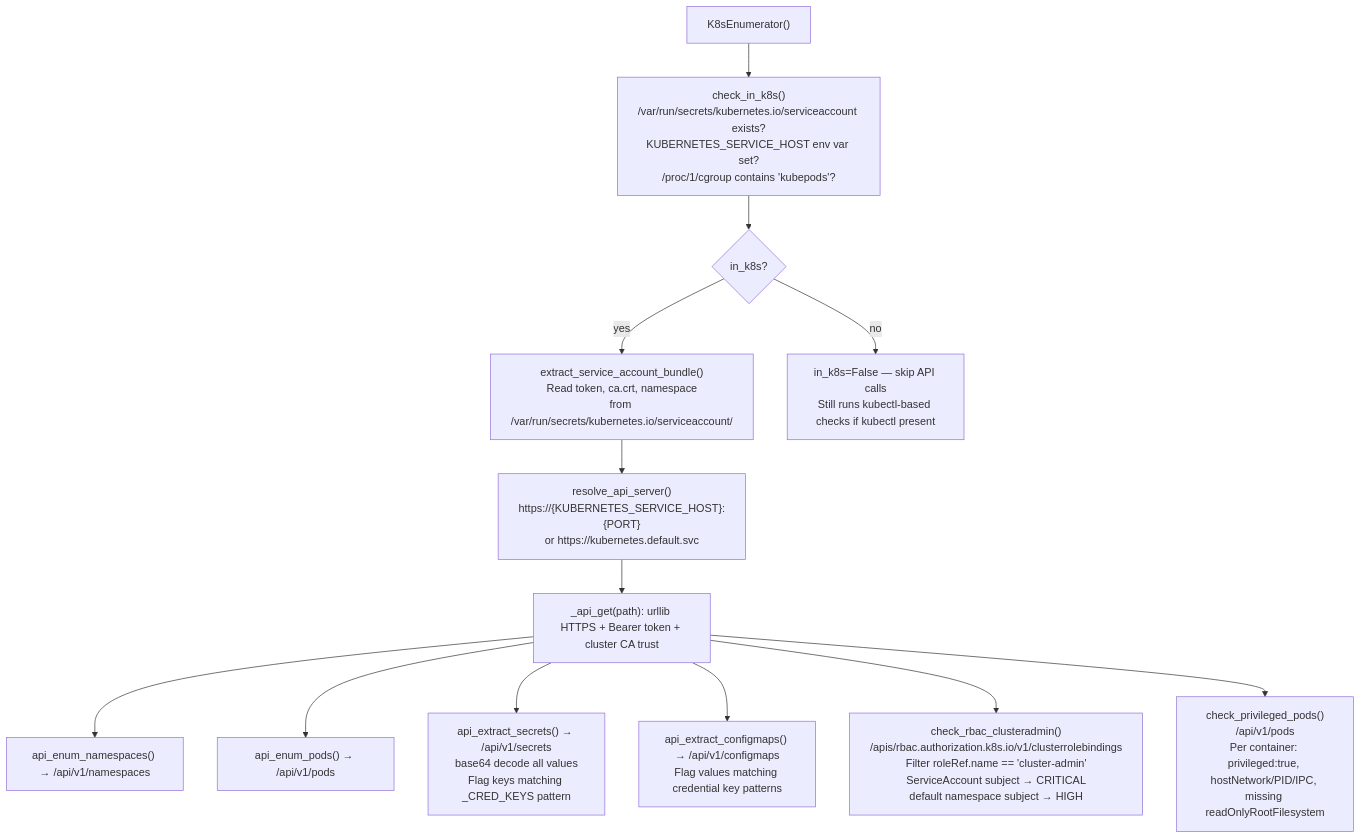
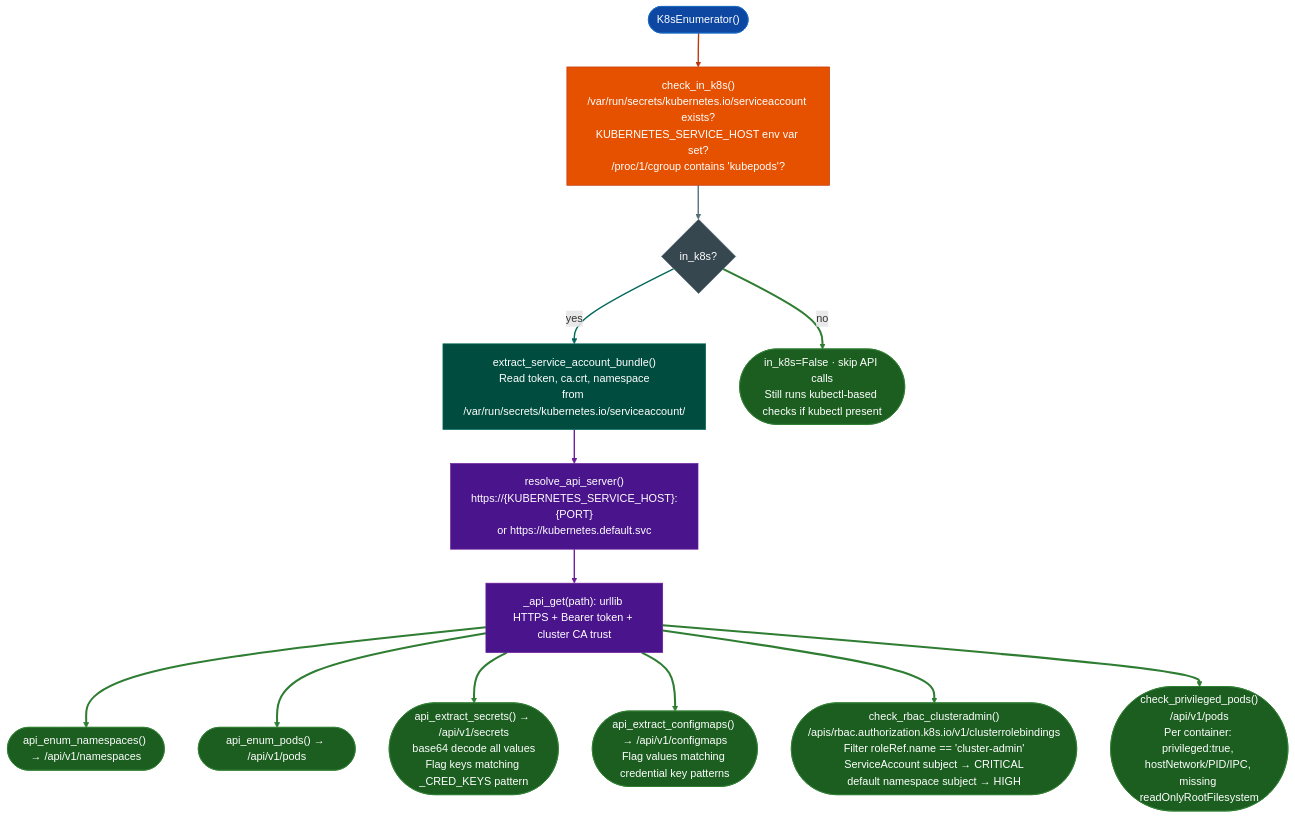
One commit to Ablation-Tool/ablation changed the diagram in docs/reference-modules/kubernetes-identity-and-rbac.md. Above: the diagram before and after it, drawn with Mermaid. The commit also changed 320 other files, not shown here.

First line of the commit message:
docs: apply canonical Mermaid template to all 321 diagrams

````diff
--- a/docs/reference-modules/kubernetes-identity-and-rbac.md
+++ b/docs/reference-modules/kubernetes-identity-and-rbac.md
@@ -19,15 +19,33 @@
 ```mermaid
 flowchart TD
-    A["K8sEnumerator()"] --> B["check_in_k8s()\n/var/run/secrets/kubernetes.io/serviceaccount exists?\nKUBERNETES_SERVICE_HOST env var set?\n/proc/1/cgroup contains 'kubepods'?"]
-    B --> C{in_k8s?}
-    C -->|yes| D["extract_service_account_bundle()\nRead token, ca.crt, namespace\nfrom /var/run/secrets/kubernetes.io/serviceaccount/"]
-    D --> E["resolve_api_server()\nhttps://{KUBERNETES_SERVICE_HOST}:{PORT}\nor https://kubernetes.default.svc"]
-    E --> F["_api_get(path): urllib HTTPS + Bearer token + cluster CA trust"]
-    F --> G["api_enum_namespaces() → /api/v1/namespaces"]
-    F --> H["api_enum_pods() → /api/v1/pods"]
-    F --> I["api_extract_secrets() → /api/v1/secrets\nbase64 decode all values\nFlag keys matching _CRED_KEYS pattern"]
-    F --> J["api_extract_configmaps() → /api/v1/configmaps\nFlag values matching credential key patterns"]
-    F --> K["check_rbac_clusteradmin()\n/apis/rbac.authorization.k8s.io/v1/clusterrolebindings\nFilter roleRef.name == 'cluster-admin'\nServiceAccount subject → CRITICAL\ndefault namespace subject → HIGH"]
-    F --> L["check_privileged_pods()\n/api/v1/pods\nPer container: privileged:true, hostNetwork/PID/IPC, missing readOnlyRootFilesystem"]
-    C -->|no| M["in_k8s=False — skip API calls\nStill runs kubectl-based checks if kubectl present"]
+    A(["K8sEnumerator()"]):::input --> B["check_in_k8s()\n/var/run/secrets/kubernetes.io/serviceaccount exists?\nKUBERNETES_SERVICE_HOST env var set?\n/proc/1/cgroup contains 'kubepods'?"]:::primary
+    B:::primary --> C{"in_k8s?"}:::neutral
+    C:::neutral -->|yes| D["extract_service_account_bundle()\nRead token, ca.crt, namespace\nfrom /var/run/secrets/kubernetes.io/serviceaccount/"]:::secondary
+    D:::secondary --> E["resolve_api_server()\nhttps://{KUBERNETES_SERVICE_HOST}:{PORT}\nor https://kubernetes.default.svc"]:::tertiary
+    E:::tertiary --> F["_api_get(path): urllib HTTPS + Bearer token + cluster CA trust"]:::tertiary
+    F:::tertiary --> G(["api_enum_namespaces() → /api/v1/namespaces"]):::output
+    F:::tertiary --> H(["api_enum_pods() → /api/v1/pods"]):::output
+    F:::tertiary --> I(["api_extract_secrets() → /api/v1/secrets\nbase64 decode all values\nFlag keys matching _CRED_KEYS pattern"]):::output
+    F:::tertiary --> J(["api_extract_configmaps() → /api/v1/configmaps\nFlag values matching credential key patterns"]):::output
+    F:::tertiary --> K(["check_rbac_clusteradmin()\n/apis/rbac.authorization.k8s.io/v1/clusterrolebindings\nFilter roleRef.name == 'cluster-admin'\nServiceAccount subject → CRITICAL\ndefault namespace subject → HIGH"]):::output
+    F:::tertiary --> L(["check_privileged_pods()\n/api/v1/pods\nPer container: privileged:true, hostNetwork/PID/IPC, missing readOnlyRootFilesystem"]):::output
+    C:::neutral -->|no| M(["in_k8s=False · skip API calls\nStill runs kubectl-based checks if kubectl present"]):::output
+    classDef input     fill:#0d47a1,stroke:#1565c0,color:#fff
+    classDef primary   fill:#e65100,stroke:#bf360c,color:#fff
+    classDef secondary fill:#004d40,stroke:#00695c,color:#fff
+    classDef tertiary  fill:#4a148c,stroke:#6a1b9a,color:#fff
+    classDef neutral   fill:#37474f,stroke:#546e7a,color:#fff
+    classDef output    fill:#1b5e20,stroke:#2e7d32,color:#fff
+    linkStyle 0 stroke:#bf360c,stroke-width:2px
+    linkStyle 1 stroke:#546e7a,stroke-width:2px
+    linkStyle 2 stroke:#00695c,stroke-width:2px
+    linkStyle 3 stroke:#6a1b9a,stroke-width:2px
+    linkStyle 4 stroke:#6a1b9a,stroke-width:2px
+    linkStyle 5 stroke:#2e7d32,stroke-width:3px
+    linkStyle 6 stroke:#2e7d32,stroke-width:3px
+    linkStyle 7 stroke:#2e7d32,stroke-width:3px
+    linkStyle 8 stroke:#2e7d32,stroke-width:3px
+    linkStyle 9 stroke:#2e7d32,stroke-width:3px
+    linkStyle 10 stroke:#2e7d32,stroke-width:3px
+    linkStyle 11 stroke:#2e7d32,stroke-width:3px
 ```
````
